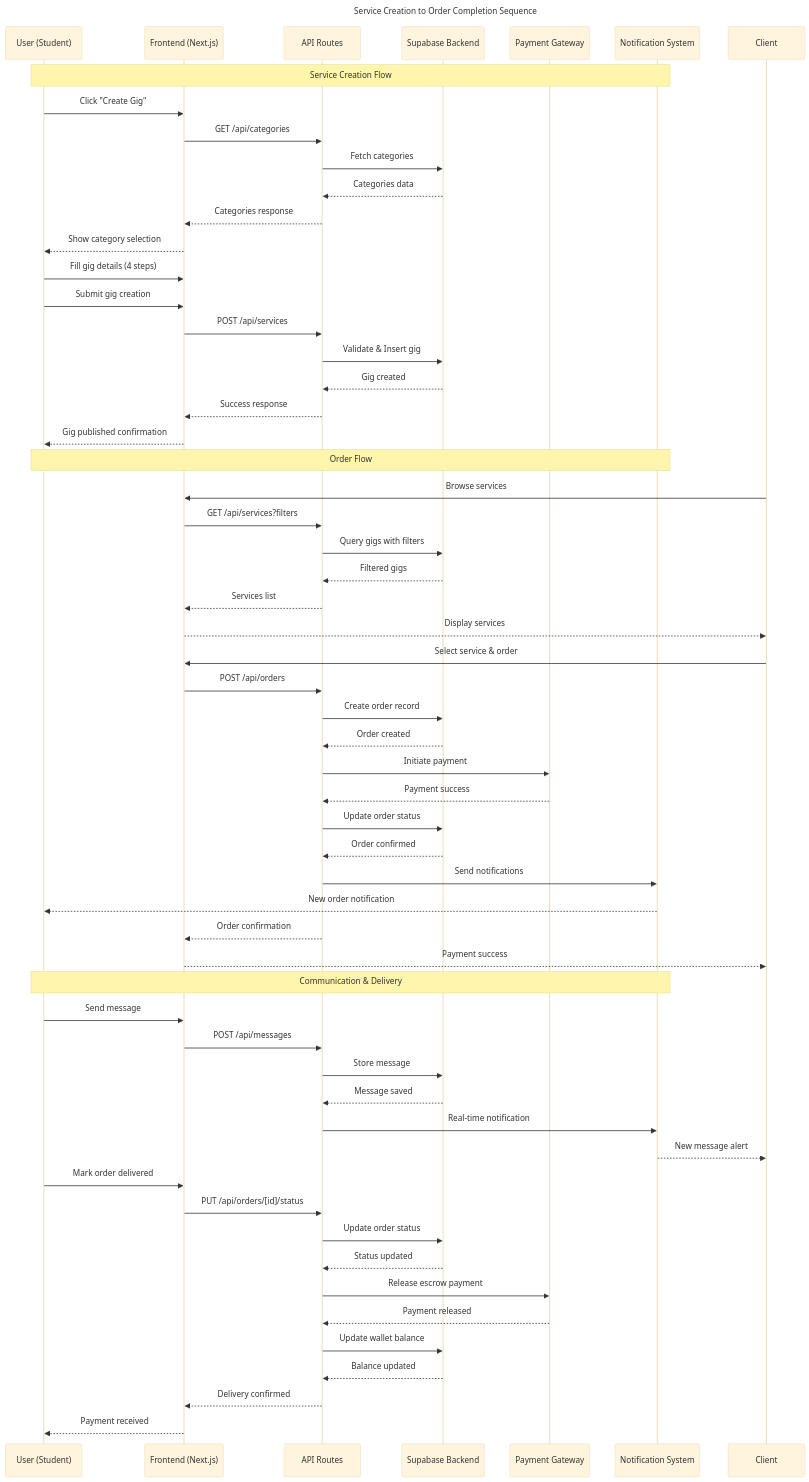
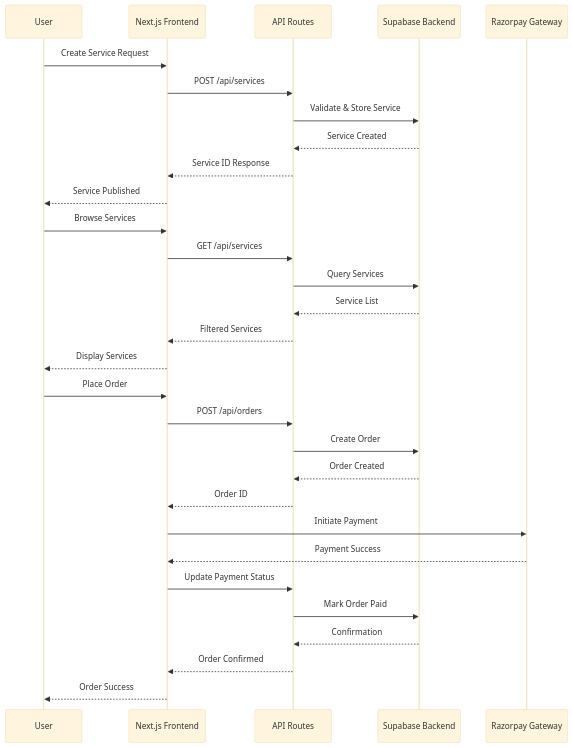
The second of 11 diagrams in ARCHITECTURE_DIAGRAMS.md (Om7035/student-market), drawn with Mermaid (base theme) before and after one commit. The commit also changed other lines of this file, not shown here.

````diff
--- a/ARCHITECTURE_DIAGRAMS.md
+++ b/ARCHITECTURE_DIAGRAMS.md
@@ -76,68 +116,35 @@
 ```mermaid
 sequenceDiagram
-    title Service Creation to Order Completion Sequence
+    participant User
+    participant Frontend as Next.js Frontend
+    participant API as API Routes
+    participant Supabase as Supabase Backend
+    participant Razorpay as Razorpay Gateway
     
-    participant U as User (Student)
-    participant F as Frontend (Next.js)
-    participant A as API Routes
-    participant S as Supabase Backend
-    participant P as Payment Gateway
-    participant N as Notification System
+    User->>Frontend: Create Service Request
+    Frontend->>API: POST /api/services
+    API->>Supabase: Validate & Store Service
+    Supabase-->>API: Service Created
+    API-->>Frontend: Service ID Response
+    Frontend-->>User: Service Published
     
-    Note over U,N: Service Creation Flow
-    U->>F: Click "Create Gig"
-    F->>A: GET /api/categories
-    A->>S: Fetch categories
-    S-->>A: Categories data
-    A-->>F: Categories response
-    F-->>U: Show category selection
+    User->>Frontend: Browse Services
+    Frontend->>API: GET /api/services
+    API->>Supabase: Query Services
+    Supabase-->>API: Service List
+    API-->>Frontend: Filtered Services
+    Frontend-->>User: Display Services
     
-    U->>F: Fill gig details (4 steps)
-    U->>F: Submit gig creation
-    F->>A: POST /api/services
-    A->>S: Validate & Insert gig
-    S-->>A: Gig created
-    A-->>F: Success response
-    F-->>U: Gig published confirmation
-    
-    Note over U,N: Order Flow
-    participant C as Client
-    C->>F: Browse services
-    F->>A: GET /api/services?filters
-    A->>S: Query gigs with filters
-    S-->>A: Filtered gigs
-    A-->>F: Services list
-    F-->>C: Display services
-    
-    C->>F: Select service & order
-    F->>A: POST /api/orders
-    A->>S: Create order record
-    S-->>A: Order created
-    A->>P: Initiate payment
-    P-->>A: Payment success
-    A->>S: Update order status
-    S-->>A: Order confirmed
-    A->>N: Send notifications
-    N-->>U: New order notification
-    A-->>F: Order confirmation
-    F-->>C: Payment success
-    
-    Note over U,N: Communication & Delivery
-    U->>F: Send message
-    F->>A: POST /api/messages
-    A->>S: Store message
-    S-->>A: Message saved
-    A->>N: Real-time notification
-    N-->>C: New message alert
-    
-    U->>F: Mark order delivered
-    F->>A: PUT /api/orders/[id]/status
-    A->>S: Update order status
-    S-->>A: Status updated
-    A->>P: Release escrow payment
-    P-->>A: Payment released
-    A->>S: Update wallet balance
-    S-->>A: Balance updated
-    A-->>F: Delivery confirmed
-    F-->>U: Payment received
+    User->>Frontend: Place Order
+    Frontend->>API: POST /api/orders
+    API->>Supabase: Create Order
+    Supabase-->>API: Order Created
+    API-->>Frontend: Order ID
+    Frontend->>Razorpay: Initiate Payment
+    Razorpay-->>Frontend: Payment Success
+    Frontend->>API: Update Payment Status
+    API->>Supabase: Mark Order Paid
+    Supabase-->>API: Confirmation
+    API-->>Frontend: Order Confirmed
+    Frontend-->>User: Order Success
 ```
````
